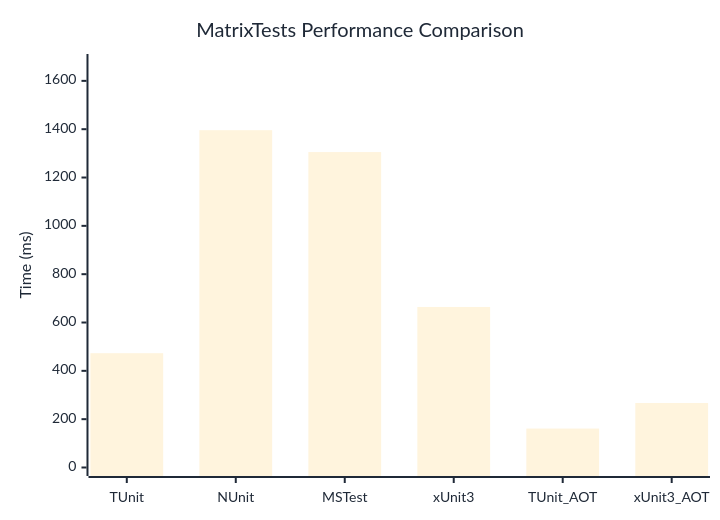
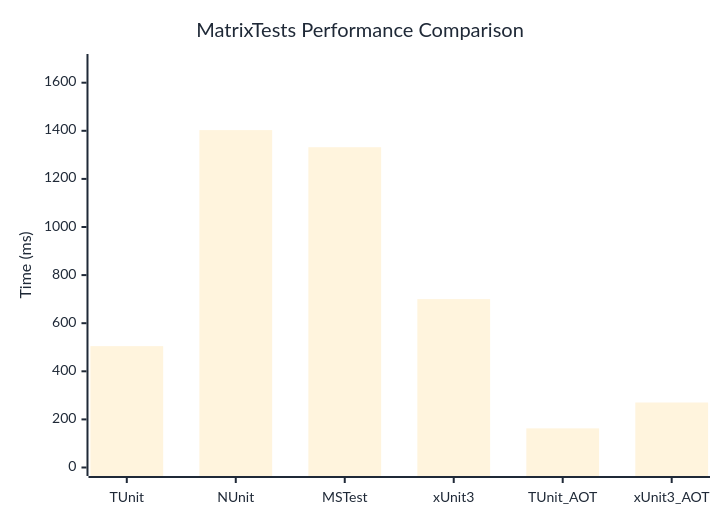
Before and after one commit to thomhurst/TUnit: the diagram in docs/docs/benchmarks/engine/MatrixTests.md, drawn with Mermaid. The commit also changed other lines of this file and 17 other files, not shown here.

````diff
--- a/docs/docs/benchmarks/engine/MatrixTests.md
+++ b/docs/docs/benchmarks/engine/MatrixTests.md
@@ -30,37 +30,37 @@
 ```mermaid
 %%{init: {
   'theme':'base',
   'themeVariables': {
     'primaryColor': '#2563eb',
     'primaryTextColor': '#1f2937',
     'primaryBorderColor': '#1e40af',
     'lineColor': '#6b7280',
     'secondaryColor': '#7c3aed',
     'tertiaryColor': '#dc2626',
     'background': '#ffffff',
     'mainBkg': '#2563eb',
     'secondBkg': '#7c3aed',
     'tertiaryBkg': '#dc2626',
     'clusterBkg': '#f3f4f6',
     'edgeLabelBackground': '#ffffff',
     'tertiaryTextColor': '#1f2937',
     'pie1': '#2563eb',
     'pie2': '#7c3aed',
     'pie3': '#dc2626',
     'pie4': '#f59e0b',
     'pie5': '#10b981',
     'pie6': '#06b6d4',
     'pie7': '#ec4899',
     'pie8': '#6366f1',
     'pie9': '#84cc16',
     'pie10': '#f97316',
     'pie11': '#14b8a6',
     'pie12': '#a855f7'
   }
 }}%%
 xychart-beta
   title "MatrixTests Performance Comparison"
   x-axis ["TUnit", "NUnit", "MSTest", "xUnit3", "TUnit_AOT", "xUnit3_AOT"]
-  y-axis "Time (ms)" 0 --> 1676
-  bar [473, 1395.9, 1305.3, 664.3, 161.1, 266.9]
+  y-axis "Time (ms)" 0 --> 1684
+  bar [504.7, 1402.9, 1331.7, 700.2, 162.7, 270.3]
 ```
````
